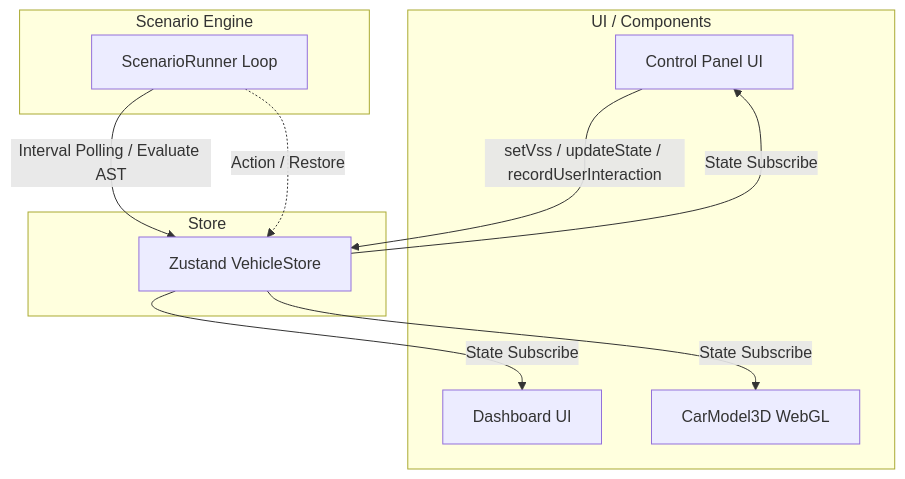
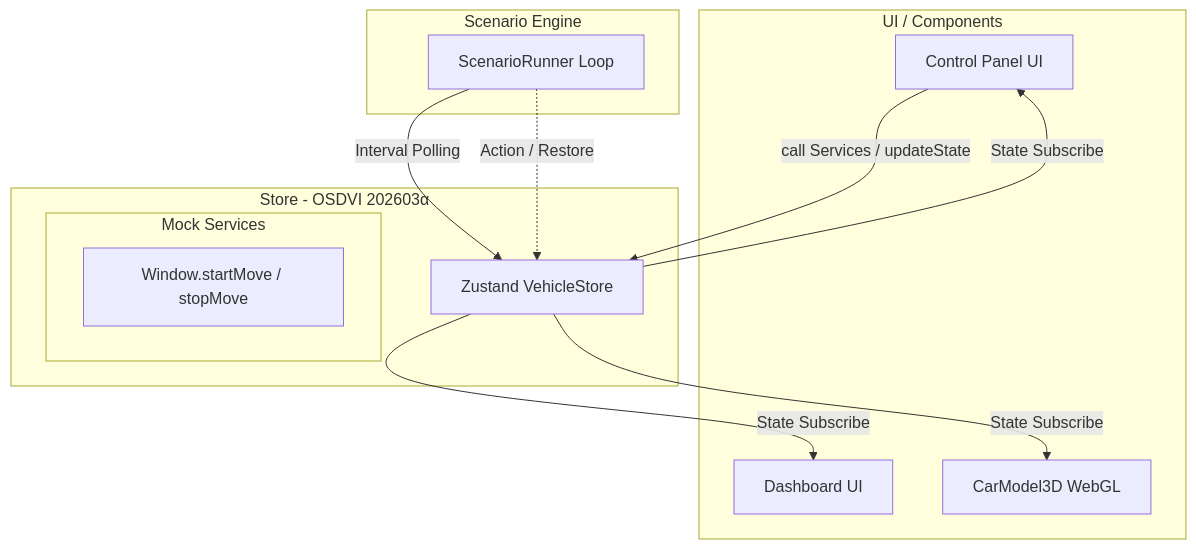
One commit to yamaPiT/SmartScene changed the diagram in doc/SW205_ソフトウェアアーキテクチャ設計書.md. Above: the diagram before and after it, drawn with Mermaid. The commit also changed other lines of this file and 16 other files, not shown here.

````diff
--- a/doc/SW205_ソフトウェアアーキテクチャ設計書.md
+++ b/doc/SW205_ソフトウェアアーキテクチャ設計書.md
@@ -34,23 +31,26 @@
 ```mermaid
 graph TD
     subgraph UI_Layer [UI / Components]
         CP[Control Panel UI]
         DB[Dashboard UI]
         Model3D[CarModel3D WebGL]
     end
 
     subgraph Logic_Layer [Scenario Engine]
         SR[ScenarioRunner Loop]
     end
 
-    subgraph Data_Layer [Store]
+    subgraph Data_Layer [Store - OSDVI 202603α]
         ZS[Zustand VehicleStore]
+        subgraph Services [Mock Services]
+            SV_Win[Window.startMove / stopMove]
+        end
     end
 
-    CP -->|setVss / updateState / recordUserInteraction| ZS
-    SR -->|Interval Polling / Evaluate AST| ZS
+    CP -->|call Services / updateState| ZS
+    SR -->|Interval Polling| ZS
     SR -.->|Action / Restore| ZS
     ZS -->|State Subscribe| CP
     ZS -->|State Subscribe| DB
     ZS -->|State Subscribe| Model3D
 ```
````
